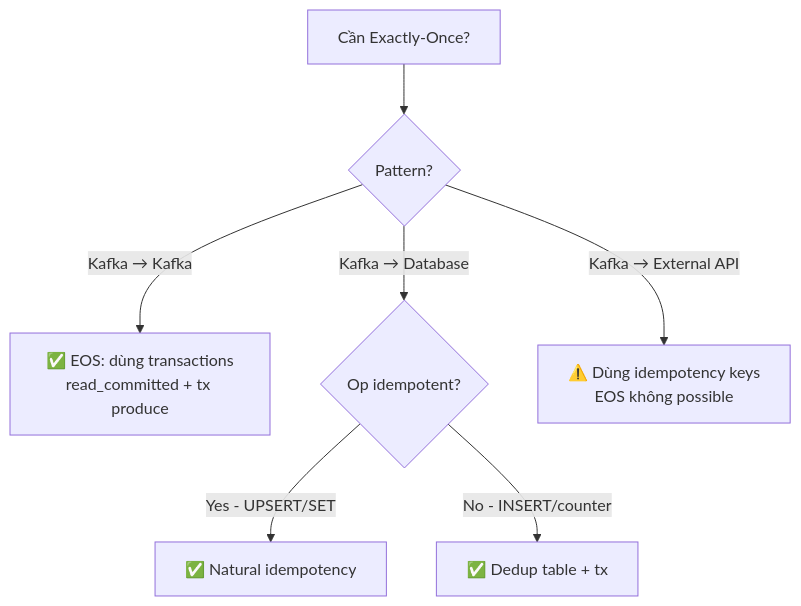
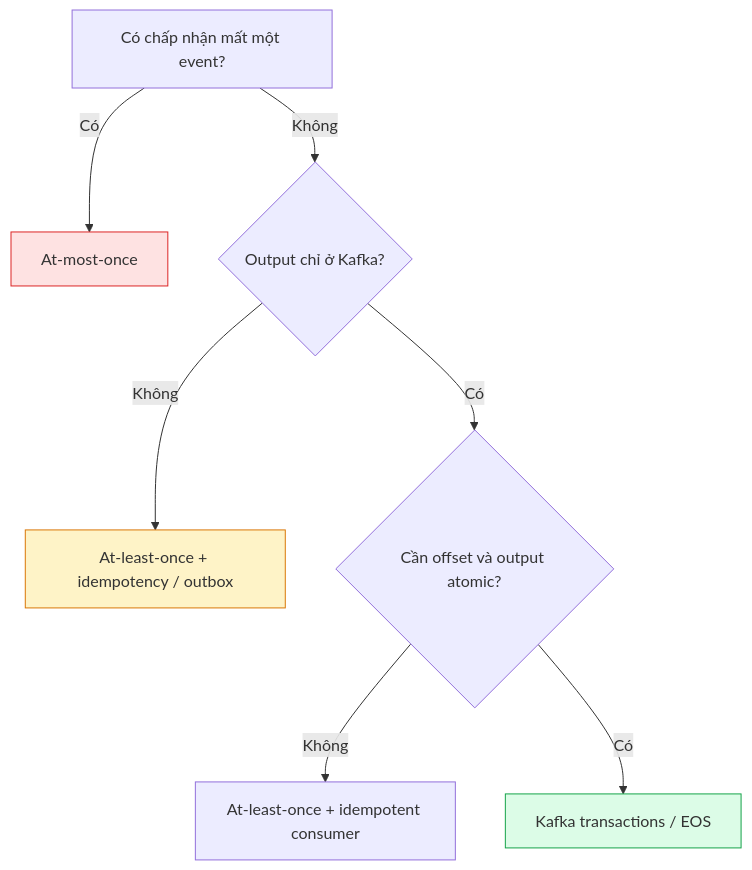
The seventh of 7 diagrams in content/docs/producers-consumers/exactly-once.md (vanhiep99w/kafka-learn), drawn with Mermaid before and after one commit. The commit also changed other lines of this file, not shown here.

Commit message:
docs: explain Kafka delivery guarantees

````diff
--- a/content/docs/producers-consumers/exactly-once.md
+++ b/content/docs/producers-consumers/exactly-once.md
@@ -241,11 +459,13 @@
 ```mermaid
 flowchart TD
-    A[Cần Exactly-Once?] --> B{Pattern?}
+    A[Có chấp nhận mất một event?] -->|Có| B[At-most-once]
+    A -->|Không| C{Output chỉ ở Kafka?}
+    C -->|Không| D[At-least-once + idempotency / outbox]
+    C -->|Có| E{Cần offset và output atomic?}
+    E -->|Không| F[At-least-once + idempotent consumer]
+    E -->|Có| G[Kafka transactions / EOS]
 
-    B -->|Kafka → Kafka| C["✅ EOS: dùng transactions<br/>read_committed + tx produce"]
-    B -->|Kafka → Database| D{Op idempotent?}
-    B -->|Kafka → External API| E["⚠️ Dùng idempotency keys<br/>EOS không possible"]
-
-    D -->|Yes - UPSERT/SET| F["✅ Natural idempotency"]
-    D -->|No - INSERT/counter| G["✅ Dedup table + tx"]
+    style B fill:#fee2e2,stroke:#dc2626
+    style D fill:#fef3c7,stroke:#d97706
+    style G fill:#dcfce7,stroke:#16a34a
 ```
````
